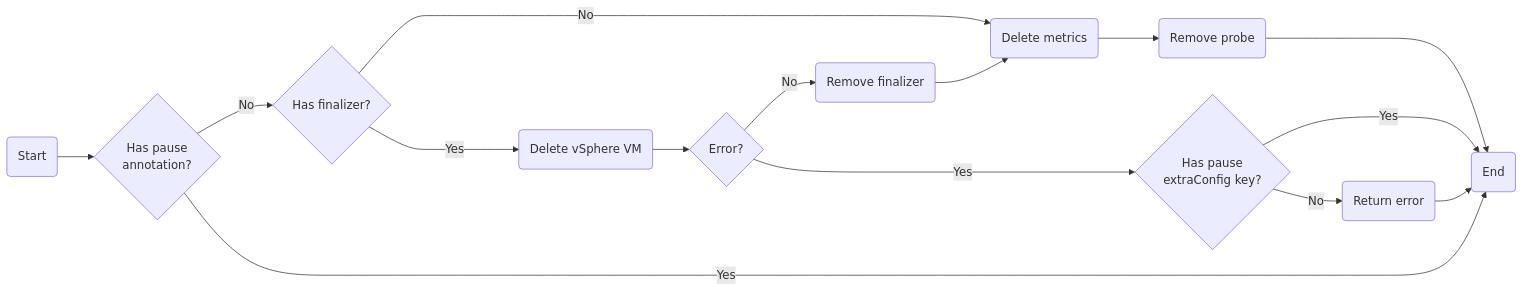
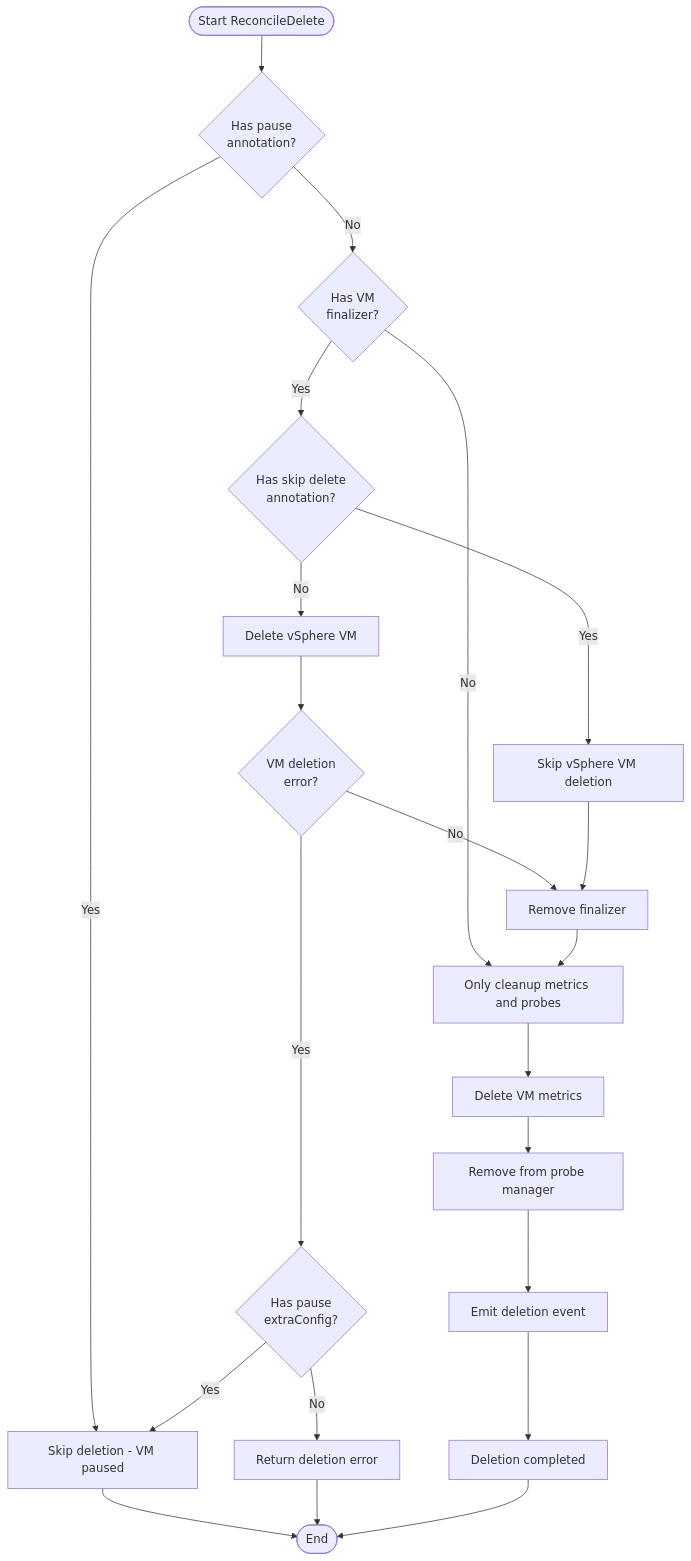
Before and after one commit to vmware-tanzu/vm-operator: the second of 10 diagrams in docs/concepts/workloads/vm-controller.md, drawn with Mermaid. The commit also changed other lines of this file and 8 other files, not shown here.

````diff
--- a/docs/concepts/workloads/vm-controller.md
+++ b/docs/concepts/workloads/vm-controller.md
@@ -44,26 +43,31 @@
 ```mermaid
-flowchart LR
-    Start(Start) --> HasPauseAnnotation{Has pause\nannotation?}
-    HasPauseAnnotation --> |No| HasFinalizer{Has finalizer?}
-    HasPauseAnnotation ----> |Yes| End
-    
+flowchart TD
+    Start([Start ReconcileDelete]) --> CheckPause{Has pause<br />annotation?}
+    CheckPause -->|Yes| SkipDelete[Skip deletion - VM paused]
+    CheckPause -->|No| CheckFinalizer{Has VM<br />finalizer?}
 
-    HasFinalizer --> |No| DeleteMetrics(Delete metrics)
-    HasFinalizer ----> |Yes| DeleteVM(Delete vSphere VM)
+    CheckFinalizer -->|No| CleanupOnly[Only cleanup metrics and probes]
+    CheckFinalizer -->|Yes| CheckSkipDelete{Has skip delete<br />annotation?}
 
-    DeleteVM --> DeleteVMErr{Error?}
-    DeleteVMErr --> |No| RemoveFinalizer(Remove finalizer)
-    DeleteVMErr ----> |Yes| ErrorVMPausedByAdmin{Has pause\nextraConfig key?}
-    
-    ErrorVMPausedByAdmin --> |Yes| End
-    ErrorVMPausedByAdmin --> |No| ReturnErr(Return error)
+    CheckSkipDelete -->|Yes| SkipVMDelete[Skip vSphere VM deletion]
+    CheckSkipDelete -->|No| DeleteVSphereVM[Delete vSphere VM]
 
-    RemoveFinalizer --> DeleteMetrics(Delete metrics)
+    DeleteVSphereVM --> DeleteVMErr{VM deletion<br />error?}
+    DeleteVMErr -->|Yes| CheckPauseKey{Has pause<br />extraConfig?}
+    DeleteVMErr -->|No| RemoveFinalizer[Remove finalizer]
 
-    DeleteMetrics --> RemoveProbe(Remove probe)
-    RemoveProbe --> End
+    CheckPauseKey -->|Yes| SkipDelete
+    CheckPauseKey -->|No| ReturnDeleteErr[Return deletion error]
 
-    ReturnErr --> End
+    SkipVMDelete --> RemoveFinalizer
+    RemoveFinalizer --> CleanupOnly
 
-    End(End)
+    CleanupOnly --> DeleteMetrics[Delete VM metrics]
+    DeleteMetrics --> RemoveProbe[Remove from probe manager]
+    RemoveProbe --> EmitEvent[Emit deletion event]
+    EmitEvent --> Success[Deletion completed]
+
+    SkipDelete --> End([End])
+    ReturnDeleteErr --> End
+    Success --> End
 ```
````
